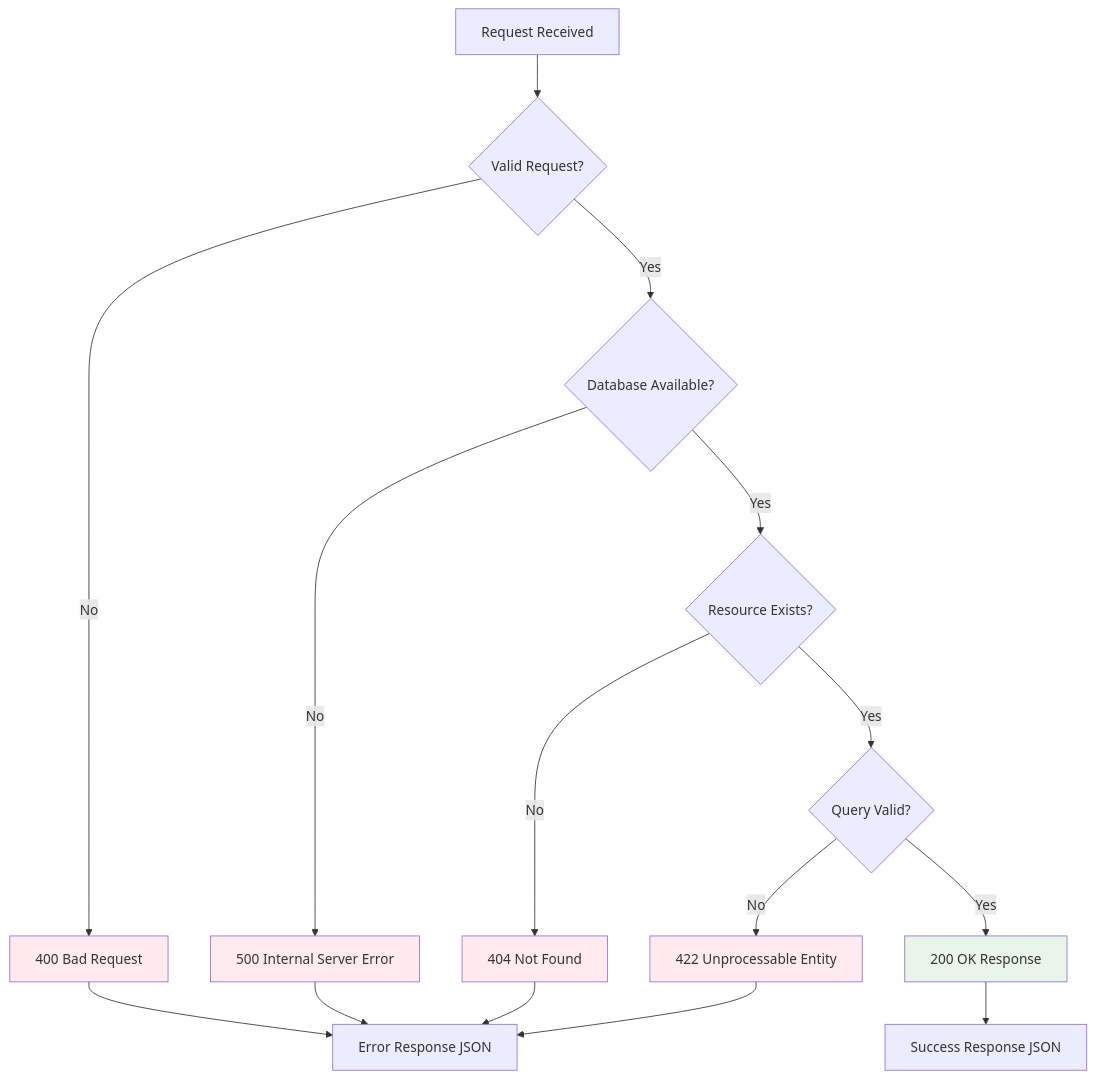
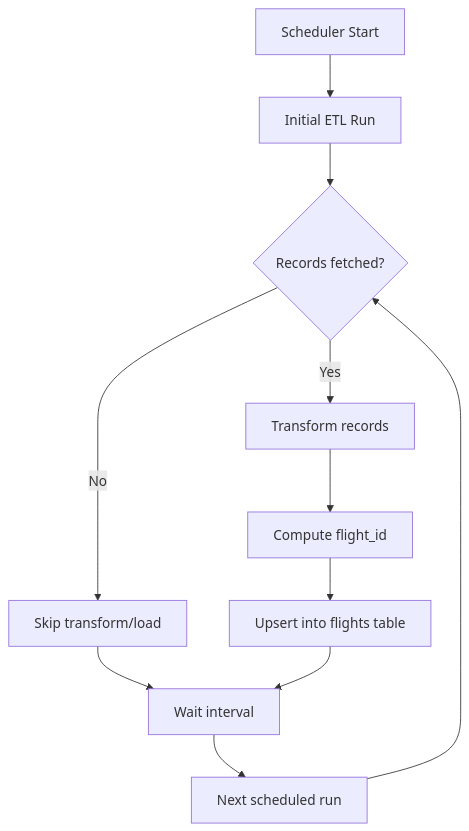
Before and after one commit to Daniel1Maymon/israel-flights-etl: the second of 4 diagrams in docs/architecture/FLOW_DIAGRAM.md, drawn with Mermaid. The commit also changed other lines of this file and 40 other files, not shown here.

````diff
--- a/docs/architecture/FLOW_DIAGRAM.md
+++ b/docs/architecture/FLOW_DIAGRAM.md
@@ -98,24 +20,13 @@
 ```mermaid
 flowchart TD
-    A[Request Received] --> B{Valid Request?}
-    B -->|No| C[400 Bad Request]
-    B -->|Yes| D{Database Available?}
-    D -->|No| E[500 Internal Server Error]
-    D -->|Yes| F{Resource Exists?}
-    F -->|No| G[404 Not Found]
-    F -->|Yes| H{Query Valid?}
-    H -->|No| I[422 Unprocessable Entity]
-    H -->|Yes| J[200 OK Response]
-    
-    C --> K[Error Response JSON]
-    E --> K
-    G --> K
-    I --> K
-    J --> L[Success Response JSON]
-    
-    style C fill:#ffebee
-    style E fill:#ffebee
-    style G fill:#ffebee
-    style I fill:#ffebee
-    style J fill:#e8f5e8
+    A[Scheduler Start] --> B[Initial ETL Run]
+    B --> C{Records fetched?}
+    C -->|No| D[Skip transform/load]
+    C -->|Yes| E[Transform records]
+    E --> F[Compute flight_id]
+    F --> G[Upsert into flights table]
+    D --> H[Wait interval]
+    G --> H
+    H --> I[Next scheduled run]
+    I --> C
 ```
````
